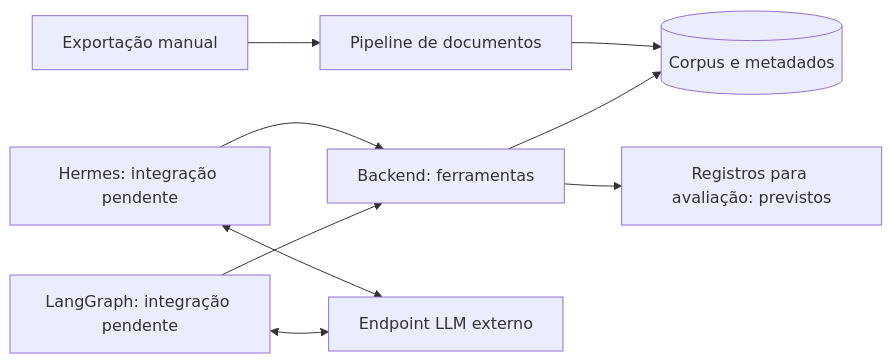
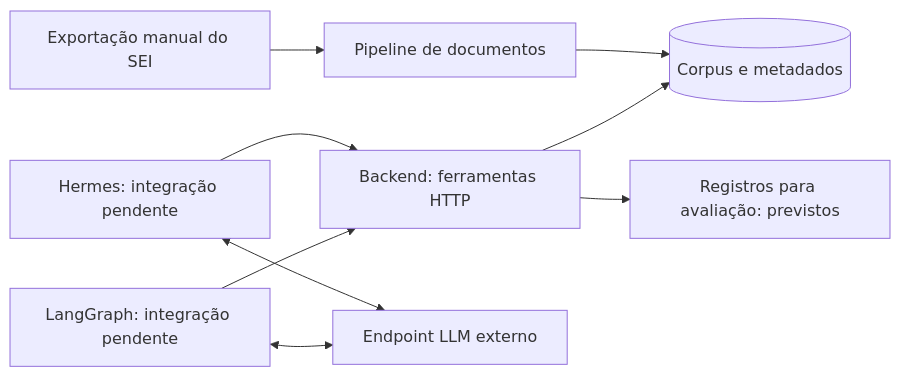
One commit to CIIA-DF/benchmark-ciia-hermes changed the diagram in README.md. Above: the diagram before and after it, drawn with Mermaid. The commit also changed other lines of this file and 1 other file, not shown here.

Commit message:
docs: adiciona GEMINI.md para workflows Antigravity e reestrutura README.md com logo e diagramas

````diff
--- a/README.md
+++ b/README.md
@@ -21,11 +55,11 @@
 ```mermaid
 flowchart LR
-    E[Exportação manual] --> D[Pipeline de documentos]
+    E[Exportação manual do SEI] --> D[Pipeline de documentos]
     D --> DB[(Corpus e metadados)]
-    H[Hermes: integração pendente] --> B[Backend: ferramentas]
+    H[Hermes: integração pendente] --> B[Backend: ferramentas HTTP]
     L[LangGraph: integração pendente] --> B
     B --> DB
     H <--> M[Endpoint LLM externo]
     L <--> M
     B --> A[Registros para avaliação: previstos]
 ```
````
